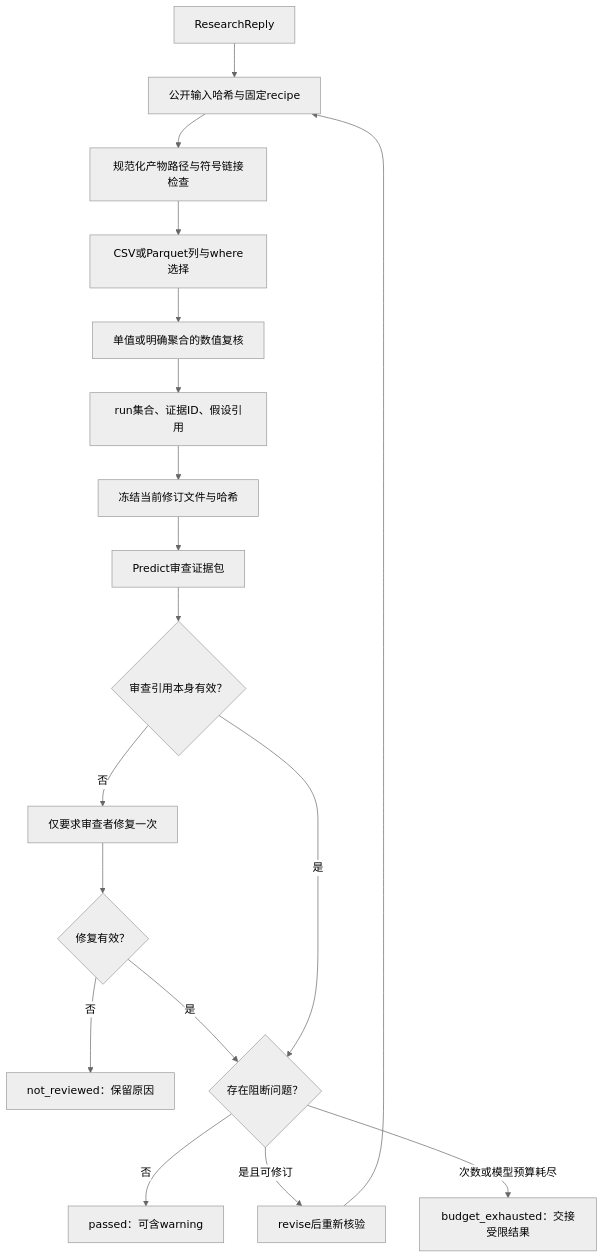
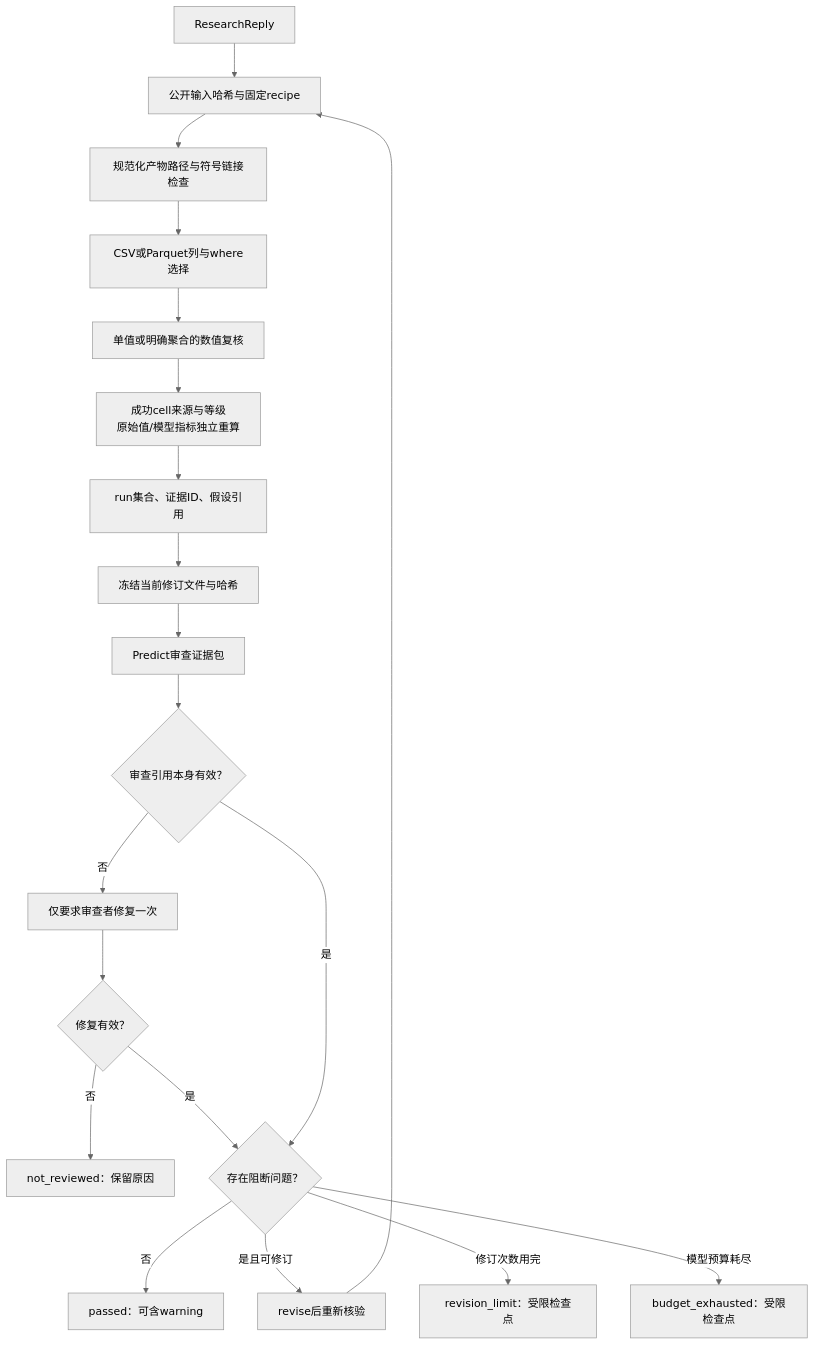
One commit to pty819/nooa-etching-rca changed the diagram in docs/sphinx/diagrams/evidence.mmd. Above: the diagram before and after it, drawn with Mermaid (neutral theme). The commit also changed 105 other files, not shown here.

```diff
--- a/docs/sphinx/diagrams/evidence.mmd
+++ b/docs/sphinx/diagrams/evidence.mmd
@@ -1,18 +1,20 @@
 flowchart TB
   R[ResearchReply] --> S[公开输入哈希与固定recipe]
   S --> P[规范化产物路径与符号链接检查]
   P --> C[CSV或Parquet列与where选择]
   C --> N[单值或明确聚合的数值复核]
-  N --> H[run集合、证据ID、假设引用]
+  N --> G["成功cell来源与等级<br/>原始值/模型指标独立重算"]
+  G --> H[run集合、证据ID、假设引用]
   H --> F[冻结当前修订文件与哈希]
   F --> Q[Predict审查证据包]
   Q --> K{审查引用本身有效？}
   K -->|否| RR[仅要求审查者修复一次]
   RR --> K2{修复有效？}
   K2 -->|否| NR[not_reviewed：保留原因]
   K2 -->|是| J{存在阻断问题？}
   K -->|是| J
   J -->|否| OK[passed：可含warning]
   J -->|是且可修订| RV[revise后重新核验]
   RV --> S
-  J -->|次数或模型预算耗尽| EX[budget_exhausted：交接受限结果]
+  J -->|修订次数用完| EX[revision_limit：受限检查点]
+  J -->|模型预算耗尽| BX[budget_exhausted：受限检查点]
```
